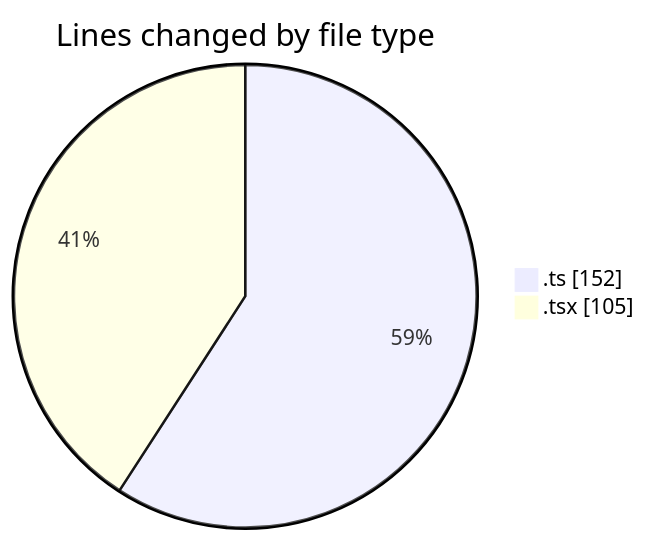
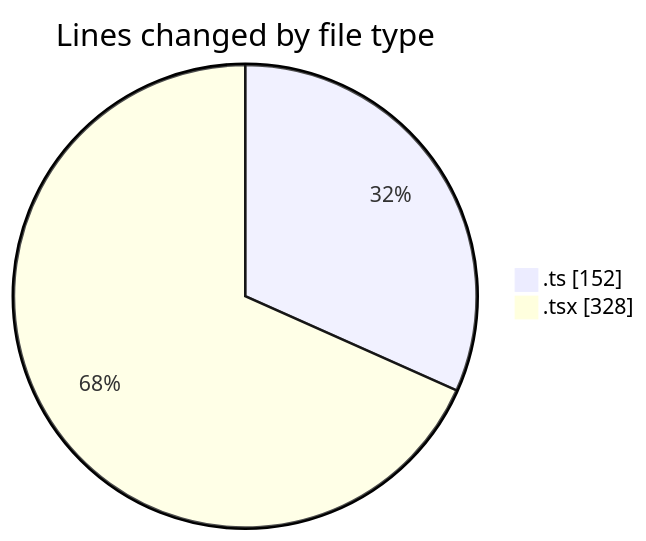
The first of 2 diagrams in 2025-10-22/eventscop-frontend-guide__workspace_/README.md (julien-gomy/code-tracking), drawn with Mermaid before and after one commit. The commit also changed other lines of this file and 1 other file, not shown here.

````diff
--- a/2025-10-22/eventscop-frontend-guide__workspace_/README.md
+++ b/2025-10-22/eventscop-frontend-guide__workspace_/README.md
@@ -26,6 +27,6 @@
 ```mermaid
 pie showData
 title Lines changed by file type
 ".ts" : 152
-".tsx" : 105
+".tsx" : 328
 ```
````
